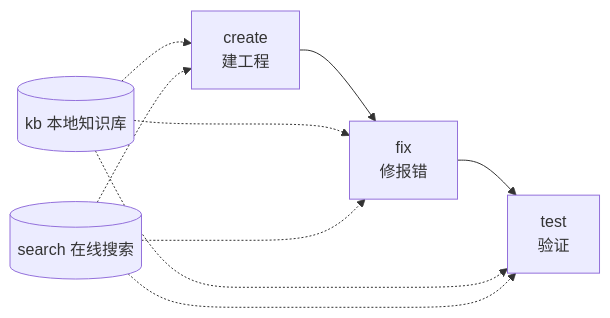
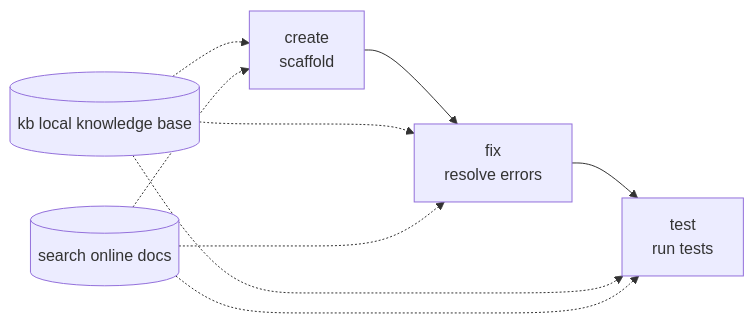
The diagram in README_EN.md (Kirky-X/flutter-dev), drawn with Mermaid before and after one commit. The commit also changed other lines of this file and 5 other files, not shown here.

````diff
--- a/README_EN.md
+++ b/README_EN.md
@@ -26,10 +26,10 @@
 ```mermaid
 flowchart LR
-    create[create<br/>建工程] --> fix[fix<br/>修报错] --> test[test<br/>验证]
-    kb[(kb 本地知识库)] -.-> create
+    create[create<br/>scaffold] --> fix[fix<br/>resolve errors] --> test[test<br/>run tests]
+    kb[(kb local knowledge base)] -.-> create
     kb -.-> fix
     kb -.-> test
-    search[(search 在线搜索)] -.-> create
+    search[(search online docs)] -.-> create
     search -.-> fix
     search -.-> test
 ```
````
